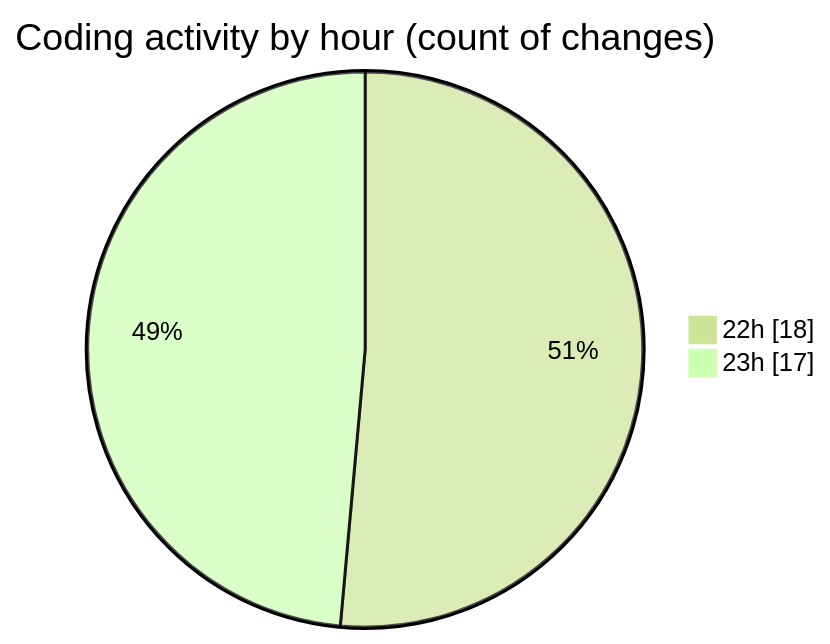
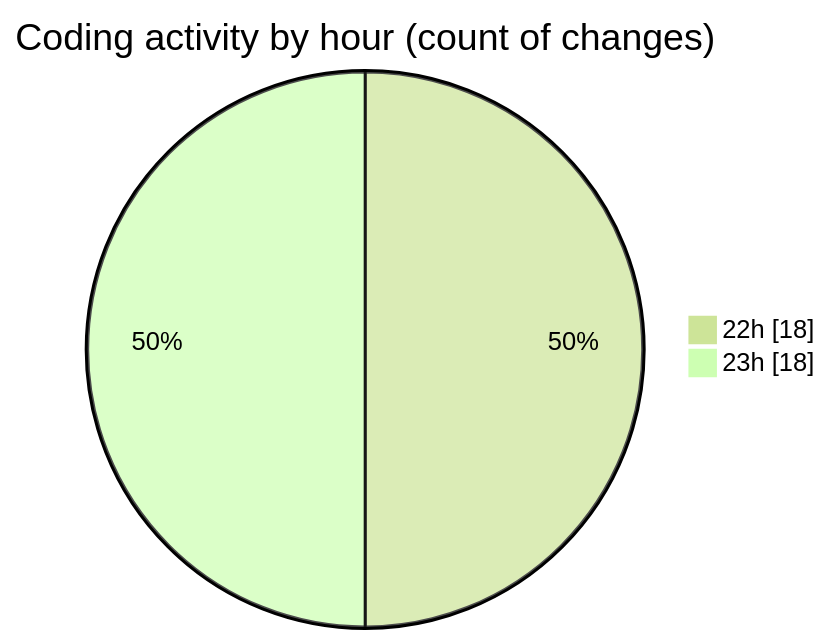
One commit to charlie-sans/code-tracking changed the second of 2 diagrams in 2025-02-18/masm/README.md. Above: the diagram before and after it, drawn with Mermaid (forest theme). The commit also changed other lines of this file and 1 other file, not shown here.

````diff
--- a/2025-02-18/masm/README.md
+++ b/2025-02-18/masm/README.md
@@ -35,6 +35,6 @@
 ```mermaid
 pie showData
 title Coding activity by hour (count of changes)
 "22h" : 18
-"23h" : 17
+"23h" : 18
 ```
````
